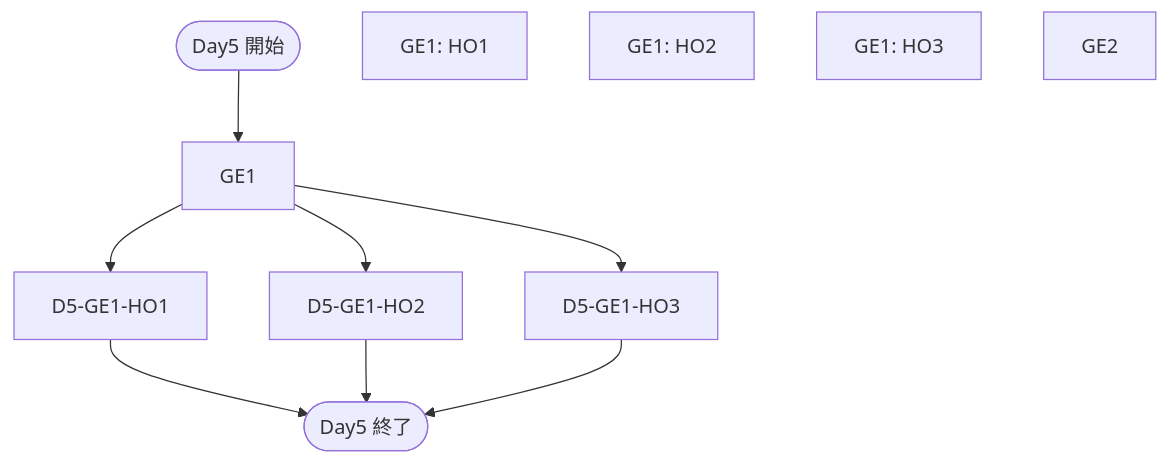
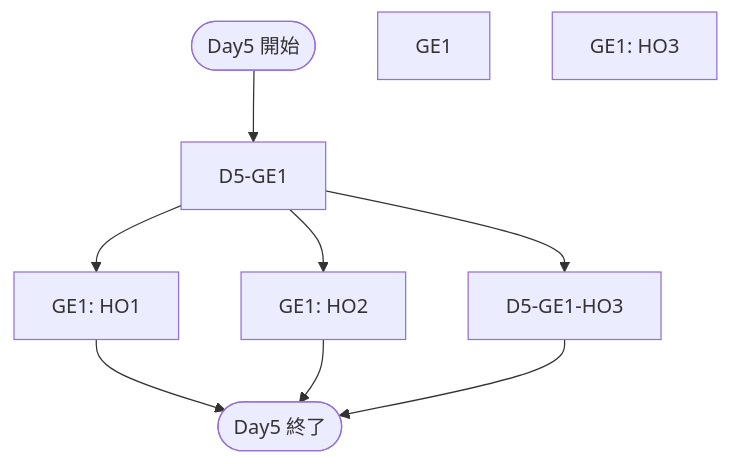
One commit to KarasuTatehi/last-resort-disturbance changed the fifth of 5 diagrams in specs/routing.md. Above: the diagram before and after it, drawn with Mermaid. The commit also changed other lines of this file, not shown here.

Commit message:
specs/routing.md updated from https://stackedit.io/

````diff
--- a/specs/routing.md
+++ b/specs/routing.md
@@ -135,16 +135,15 @@
 ```mermaid
 flowchart TD
 D5S([Day5 開始])
-D5-GE1["GE1"]
-D5-PE1-HO1["GE1: HO1"]
-D5-PE1-HO2["GE1: HO2"]
-D5-PE1-HO3["GE1: HO3"]
-D5-GE2["GE2"]
+D5-GE["GE1"]
+D5-PE-HO1["GE1: HO1"]
+D5-PE-HO2["GE1: HO2"]
+D5-PE-HO3["GE1: HO3"]
 D5E([Day5 終了])
 
 D5S -->
 D5-GE1 -->
-D5-GE1-HO1 & D5-GE1-HO2 & D5-GE1-HO3 -->
+D5-PE-HO1 & D5-PE-HO2 & D5-GE1-HO3 -->
 
 D5E
 ```
````
